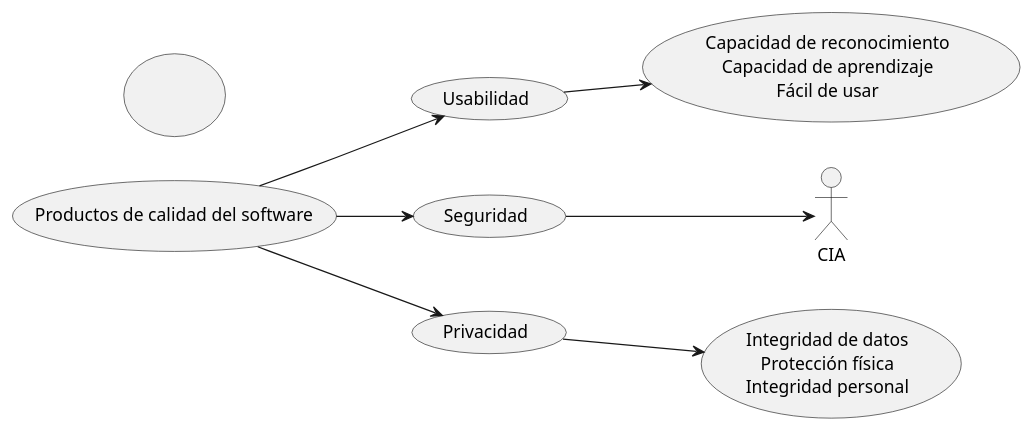
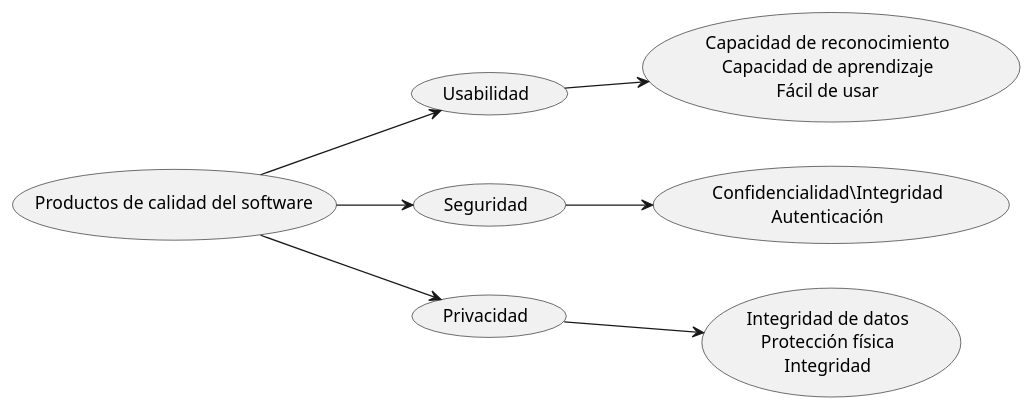
Before and after one commit to Arquisoft/lomap_es5a: the diagram in docs/10_quality_scenarios.adoc, drawn with PlantUML.

Commit message:
Arreglado el error del ap. 10

```diff
--- a/docs/10_quality_scenarios.adoc
+++ b/docs/10_quality_scenarios.adoc
@@ -6,19 +6,19 @@
 [plantuml, "Quality tree", png]
 ----
 left to right direction
 (Productos de calidad del software) as (PDC)
 (Usabilidad) as (US)
 (Seguridad) as (SE)
 (Privacidad) as (PR)
 (Capacidad de reconocimiento\nCapacidad de aprendizaje\nFácil de usar) as (CCF)
-(Integridad de datos\nProtección física\nIntegridad personal) as (IPI)
-(\n\n) as (AAC)
+(Confidencialidad\Integridad\nAutenticación) as (CIA)
+(Integridad de datos\nProtección física\nIntegridad) as (IPI)
 
 PDC --> US
 PDC --> SE
 PDC --> PR
 US --> CCF
 SE --> CIA
 PR --> IPI
 
 ----
```
